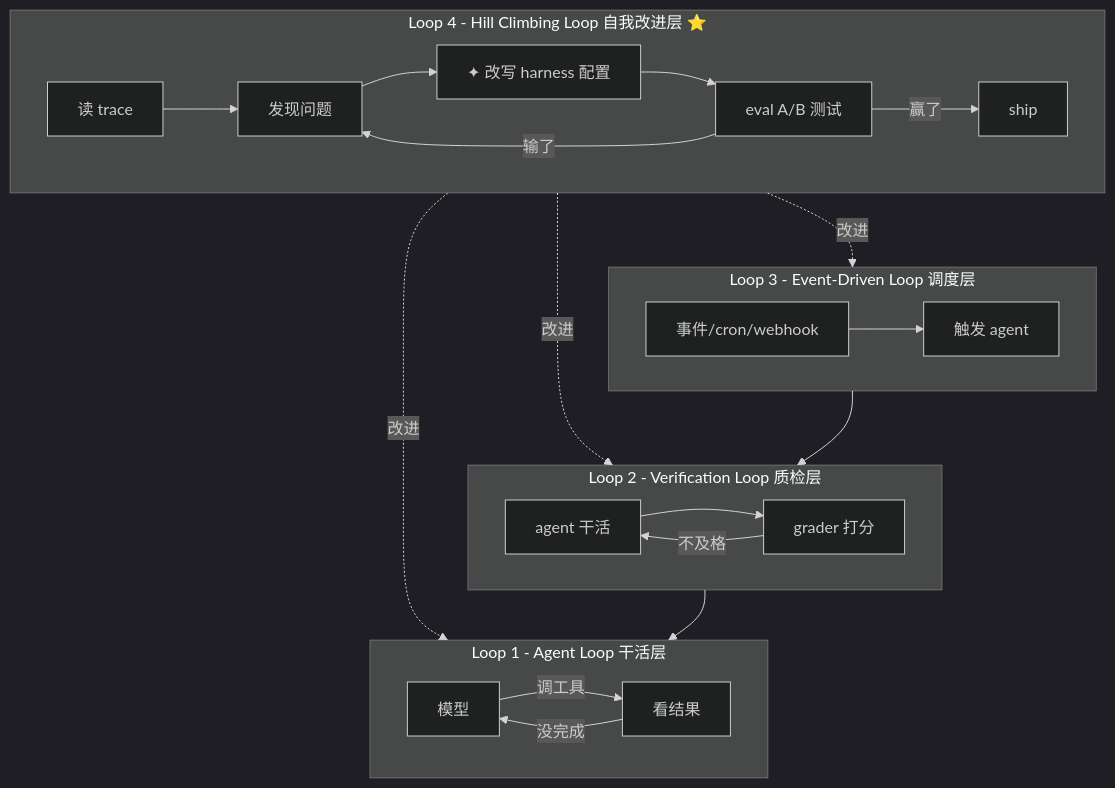
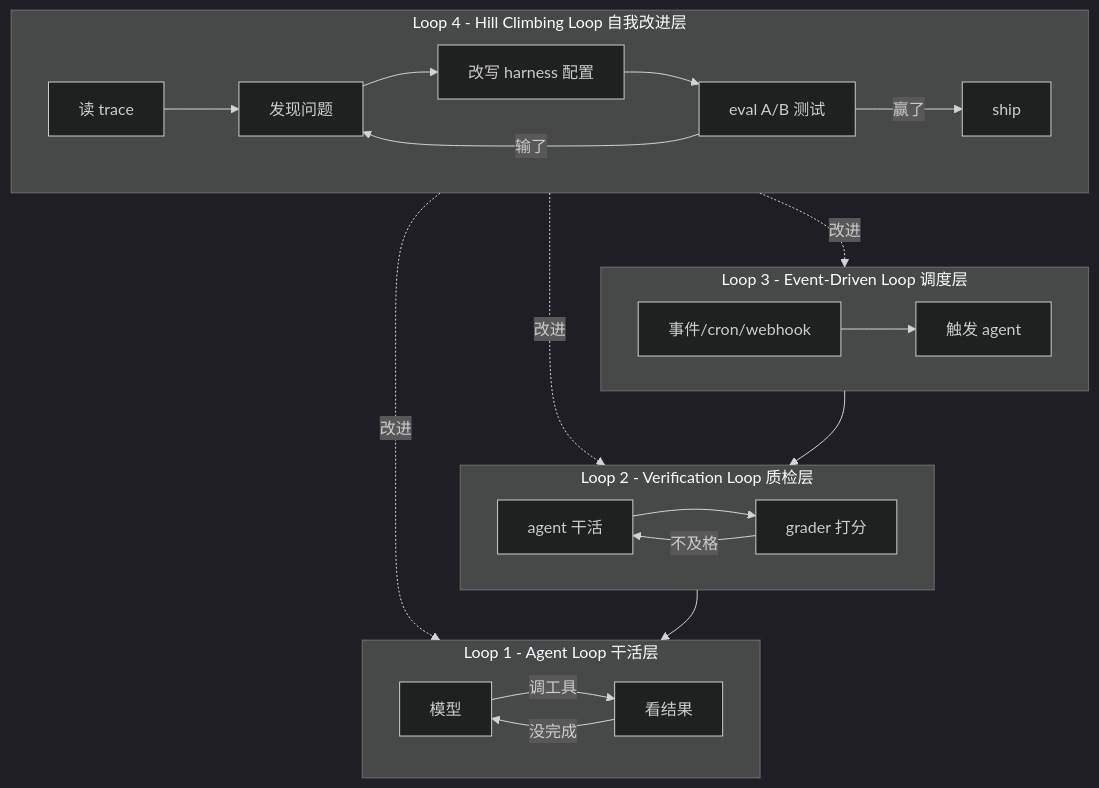
Before and after one commit to SmilingWalker/SmilingWalker.github.io: the first of 2 diagrams in src/content/posts/Loop-Engineering-厂商与路线篇.md, drawn with Mermaid (dark theme). The commit also changed other lines of this file and 2 other files, not shown here.

````diff
--- a/src/content/posts/Loop-Engineering-厂商与路线篇.md
+++ b/src/content/posts/Loop-Engineering-厂商与路线篇.md
@@ -69,26 +57,26 @@
 ```mermaid
 flowchart TB
     subgraph L1["Loop 1 - Agent Loop 干活层"]
         A1[模型] -->|调工具| A2[看结果]
         A2 -->|没完成| A1
     end
     subgraph L2["Loop 2 - Verification Loop 质检层"]
         V1[agent 干活] --> V2[grader 打分]
         V2 -->|不及格| V1
     end
     subgraph L3["Loop 3 - Event-Driven Loop 调度层"]
         E1[事件/cron/webhook] --> E2[触发 agent]
     end
-    subgraph L4["Loop 4 - Hill Climbing Loop 自我改进层 ⭐"]
+    subgraph L4["Loop 4 - Hill Climbing Loop 自我改进层"]
         H1[读 trace] --> H2[发现问题]
-        H2 --> H3["✦ 改写 harness 配置"]
+        H2 --> H3["改写 harness 配置"]
         H3 --> H4[eval A/B 测试]
         H4 -->|赢了| H5[ship]
         H4 -->|输了| H2
     end
 
     L4 -. 改进 .-> L3
     L4 -. 改进 .-> L2
     L4 -. 改进 .-> L1
     L3 --> L2 --> L1
 ```
````
